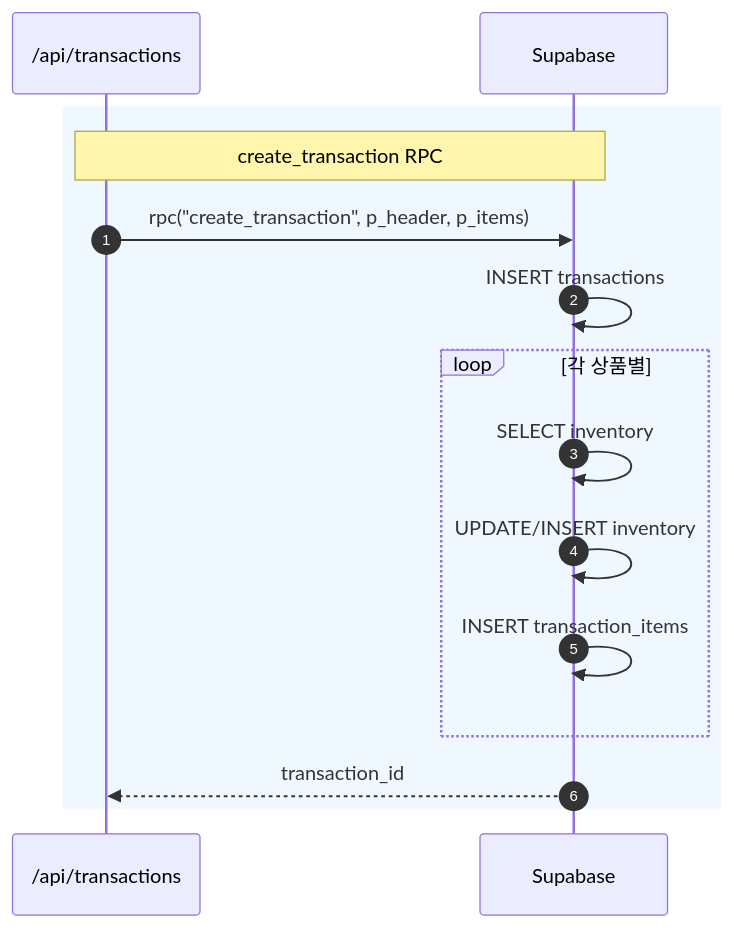
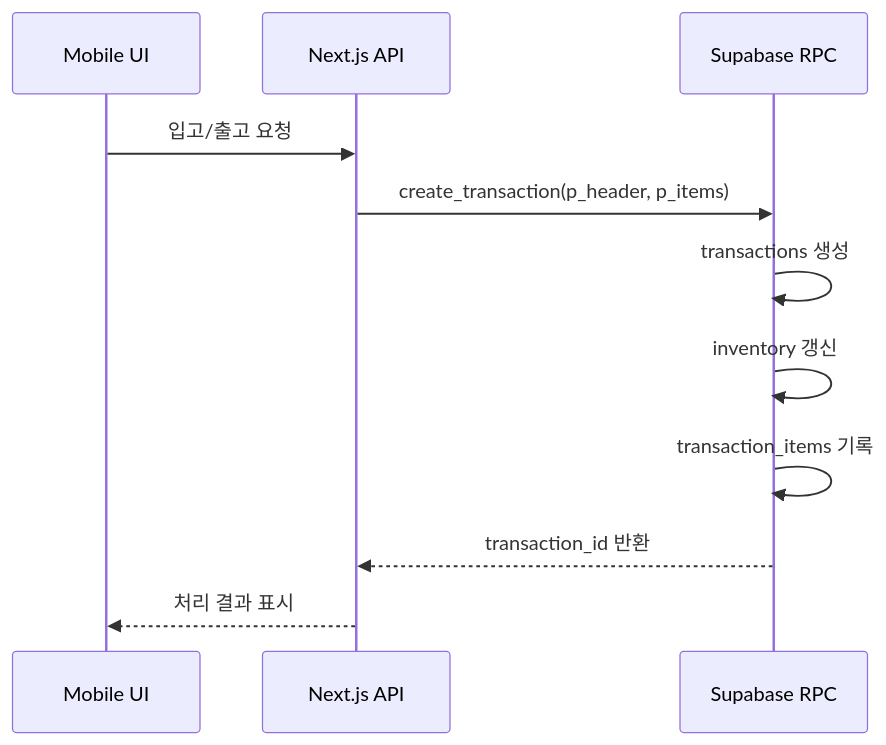
The diagram in README.md (enjoylonelines/stock-cock), drawn with Mermaid before and after one commit. The commit also changed other lines of this file, not shown here.

````diff
--- a/README.md
+++ b/README.md
@@ -285,18 +57,14 @@
 ```mermaid
 sequenceDiagram
-    autonumber
-    participant API as /api/transactions
-    participant DB as Supabase
+    participant UI as Mobile UI
+    participant API as Next.js API
+    participant DB as Supabase RPC
 
-    rect rgb(240, 248, 255)
-        Note over API,DB: create_transaction RPC
-        API->>DB: rpc("create_transaction", p_header, p_items)
-        DB->>DB: INSERT transactions
-        loop 각 상품별
-            DB->>DB: SELECT inventory
-            DB->>DB: UPDATE/INSERT inventory
-            DB->>DB: INSERT transaction_items
-        end
-        DB-->>API: transaction_id
-    end
+    UI->>API: 입고/출고 요청
+    API->>DB: create_transaction(p_header, p_items)
+    DB->>DB: transactions 생성
+    DB->>DB: inventory 갱신
+    DB->>DB: transaction_items 기록
+    DB-->>API: transaction_id 반환
+    API-->>UI: 처리 결과 표시
 ```
````
